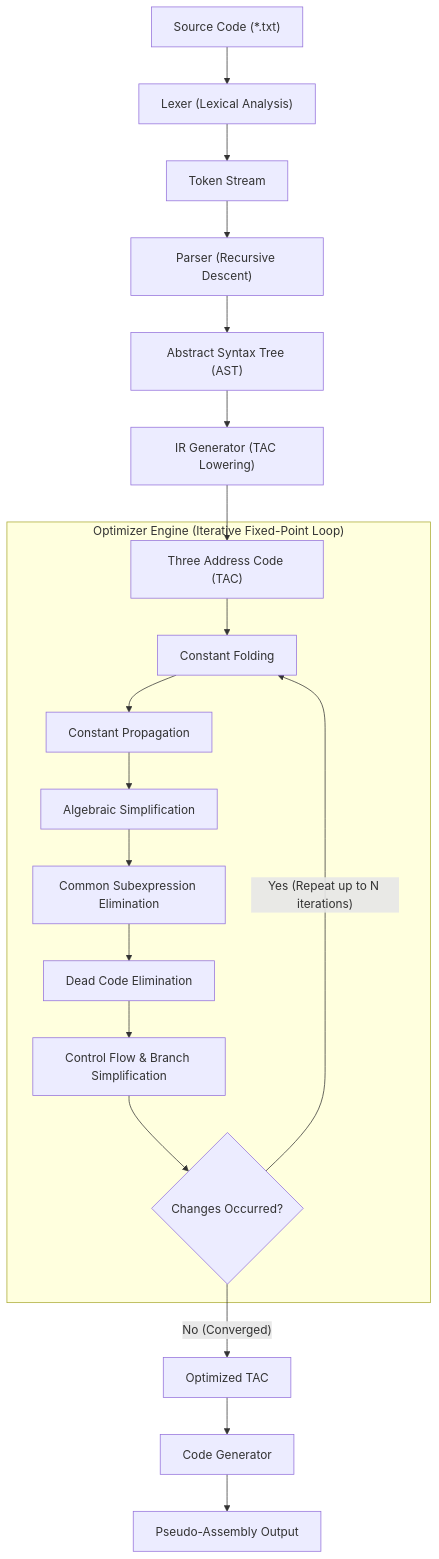
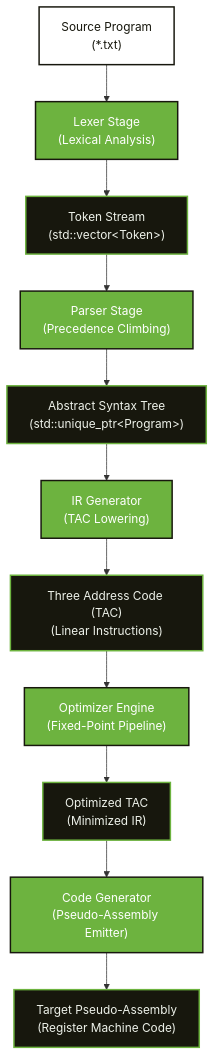
One commit to DestinyDriver/miniOPT changed the first of 2 diagrams in README.md. Above: the diagram before and after it, drawn with Mermaid. The commit also changed other lines of this file, not shown here.

````diff
--- a/README.md
+++ b/README.md
@@ -83,24 +134,20 @@
 ```mermaid
 flowchart TD
-    Source["Source Code (*.txt)"] --> Lexer["Lexer (Lexical Analysis)"]
-    Lexer --> Tokens["Token Stream"]
-    Tokens --> Parser["Parser (Recursive Descent)"]
-    Parser --> AST["Abstract Syntax Tree (AST)"]
-    AST --> IRGen["IR Generator (TAC Lowering)"]
-    IRGen --> TAC["Three Address Code (TAC)"]
-    
-    subgraph OptimizerEngine ["Optimizer Engine (Iterative Fixed-Point Loop)"]
-        TAC --> CF["Constant Folding"]
-        CF --> CP["Constant Propagation"]
-        CP --> AS["Algebraic Simplification"]
-        AS --> CSE["Common Subexpression Elimination"]
-        CSE --> DCE["Dead Code Elimination"]
-        DCE --> CFOpt["Control Flow & Branch Simplification"]
-        CFOpt --> FixedPointCheck{"Changes Occurred?"}
-        FixedPointCheck -- Yes (Repeat up to N iterations) --> CF
-    end
-    
-    FixedPointCheck -- No (Converged) --> OptTAC["Optimized TAC"]
-    OptTAC --> CodeGen["Code Generator"]
-    CodeGen --> PseudoAsm["Pseudo-Assembly Output"]
+    classDef client fill:#ffffff,stroke:#17170d,color:#17170d,stroke-width:2px;
+    classDef layer fill:#6DB33F,stroke:#17170d,color:#ffffff,stroke-width:2px;
+    classDef store fill:#17170d,stroke:#6DB33F,color:#eef2ea,stroke-width:2px;
+
+    SRC["Source Program<br/>(*.txt)"]:::client
+    LEX["Lexer Stage<br/>(Lexical Analysis)"]:::layer
+    TOK["Token Stream<br/>(std::vector&lt;Token&gt;)"]:::store
+    PAR["Parser Stage<br/>(Precedence Climbing)"]:::layer
+    AST["Abstract Syntax Tree<br/>(std::unique_ptr&lt;Program&gt;)"]:::store
+    IRG["IR Generator<br/>(TAC Lowering)"]:::layer
+    TAC["Three Address Code (TAC)<br/>(Linear Instructions)"]:::store
+    OPT["Optimizer Engine<br/>(Fixed-Point Pipeline)"]:::layer
+    OTAC["Optimized TAC<br/>(Minimized IR)"]:::store
+    CG["Code Generator<br/>(Pseudo-Assembly Emitter)"]:::layer
+    ASM["Target Pseudo-Assembly<br/>(Register Machine Code)"]:::store
+
+    SRC --> LEX --> TOK --> PAR --> AST --> IRG --> TAC --> OPT --> OTAC --> CG --> ASM
 ```
````
